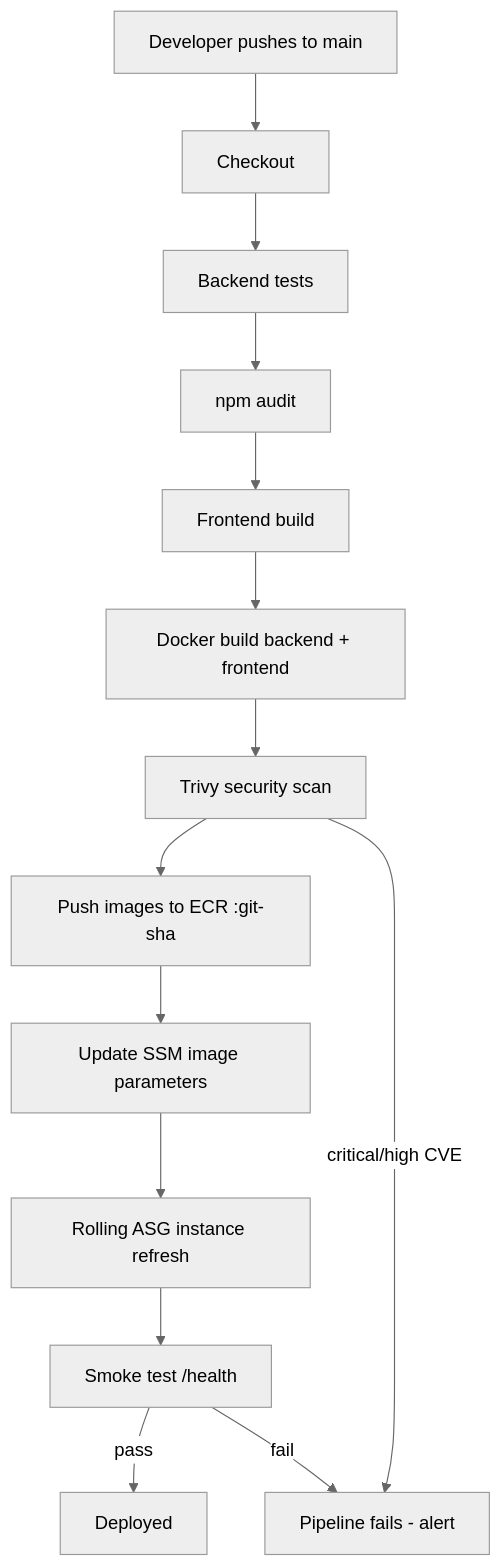
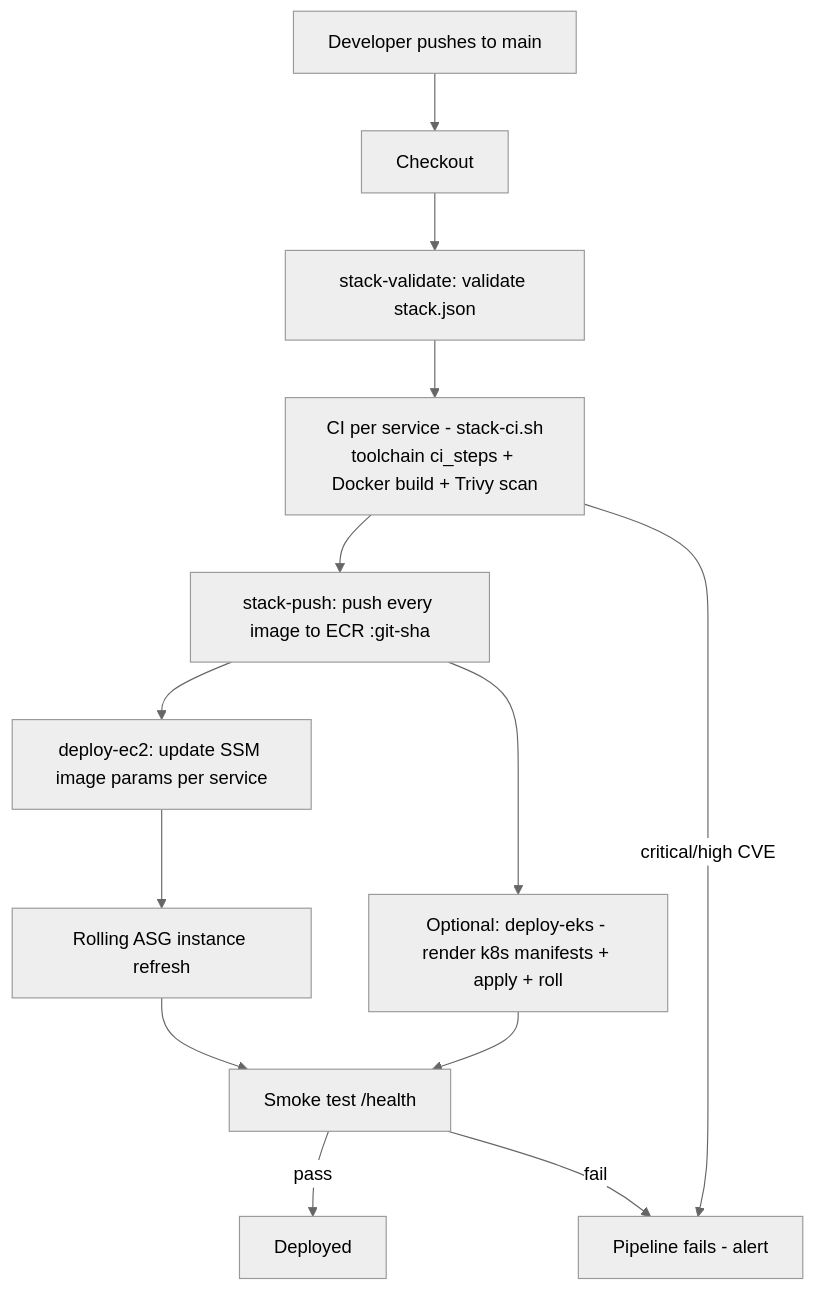
One commit to shubhu-io/secure-3-tier-aws-web-application changed the diagram in docs/architecture/cicd.md. Above: the diagram before and after it, drawn with Mermaid (neutral theme). The commit also changed other lines of this file and 77 other files, not shown here.

First line of the commit message:
feat: manifest-driven stack.json + Jenkins module + generic k8s rendering

````diff
--- a/docs/architecture/cicd.md
+++ b/docs/architecture/cicd.md
@@ -11,16 +14,15 @@
 ```mermaid
 flowchart TD
     A[Developer pushes to main] --> B[Checkout]
-    B --> C[Backend tests]
-    C --> D[npm audit]
-    D --> E[Frontend build]
-    E --> F[Docker build backend + frontend]
-    F --> G[Trivy security scan]
-    G --> H[Push images to ECR :git-sha]
-    H --> I[Update SSM image parameters]
+    B --> V[stack-validate: validate stack.json]
+    V --> C[CI per service - stack-ci.sh<br/>toolchain ci_steps + Docker build + Trivy scan]
+    C --> H[stack-push: push every image to ECR :git-sha]
+    H --> I[deploy-ec2: update SSM image params per service]
     I --> J[Rolling ASG instance refresh]
     J --> K[Smoke test /health]
     K -->|pass| L[Deployed]
     K -->|fail| M[Pipeline fails - alert]
-    G -->|critical/high CVE| M
+    C -->|critical/high CVE| M
+    H --> I2[Optional: deploy-eks - render k8s manifests + apply + roll]
+    I2 --> K
 ```
````
